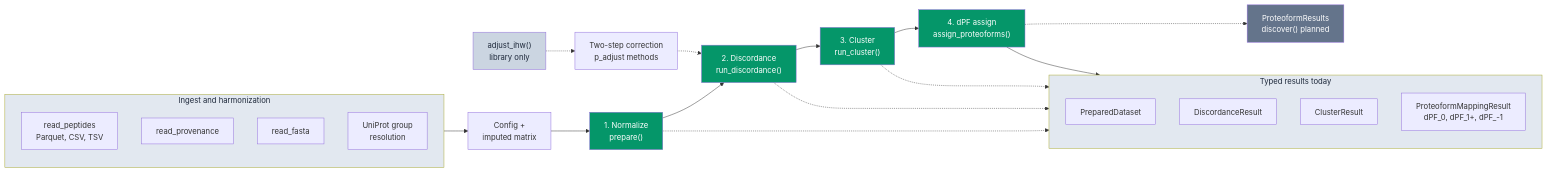
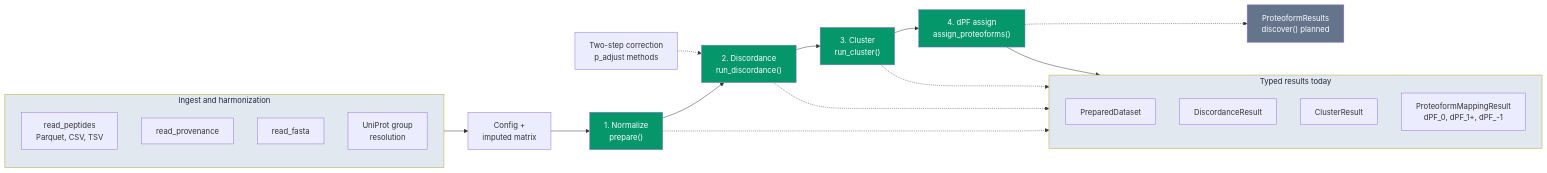
The diagram in README.md (eneskemalergin/ProteoForge), drawn with Mermaid before and after one commit. The commit also changed other lines of this file and 18 other files, not shown here.

````diff
--- a/README.md
+++ b/README.md
@@ -40,48 +40,45 @@
 ```mermaid
 flowchart LR
   subgraph ingest ["Ingest and harmonization"]
     direction TB
     i1["read_peptides\nParquet, CSV, TSV"]
     i2["read_provenance"]
     i3["read_fasta"]
     i4["UniProt group\nresolution"]
   end
 
   IN["Config +\nimputed matrix"]
   N["1. Normalize\nprepare()"]
   D["2. Discordance\nrun_discordance()"]
   C["3. Cluster\nrun_cluster()"]
   P["4. dPF assign\nassign_proteoforms()"]
 
   subgraph results ["Typed results today"]
     direction TB
     r1["PreparedDataset"]
     r2["DiscordanceResult"]
     r3["ClusterResult"]
     r4["ProteoformMappingResult\ndPF_0, dPF_1+, dPF_-1"]
   end
 
   PR["ProteoformResults\ndiscover() planned"]
 
   CORR["Two-step correction\np_adjust methods"]
-  IHW["adjust_ihw()\nlibrary only"]
 
   ingest --> IN
   IN --> N --> D --> C --> P
   N -.-> r1
   D -.-> r2
   C -.-> r3
   P --> r4
   P -.-> PR
   CORR -.-> D
-  IHW -.-> CORR
 
   style N fill:#059669,color:#fff
   style D fill:#059669,color:#fff
   style C fill:#059669,color:#fff
   style P fill:#059669,color:#fff
   style PR fill:#64748b,color:#fff
   style ingest fill:#e2e8f0,color:#1e293b
   style results fill:#e2e8f0,color:#1e293b
-  style IHW fill:#cbd5e1,color:#1e293b
 ```
````
